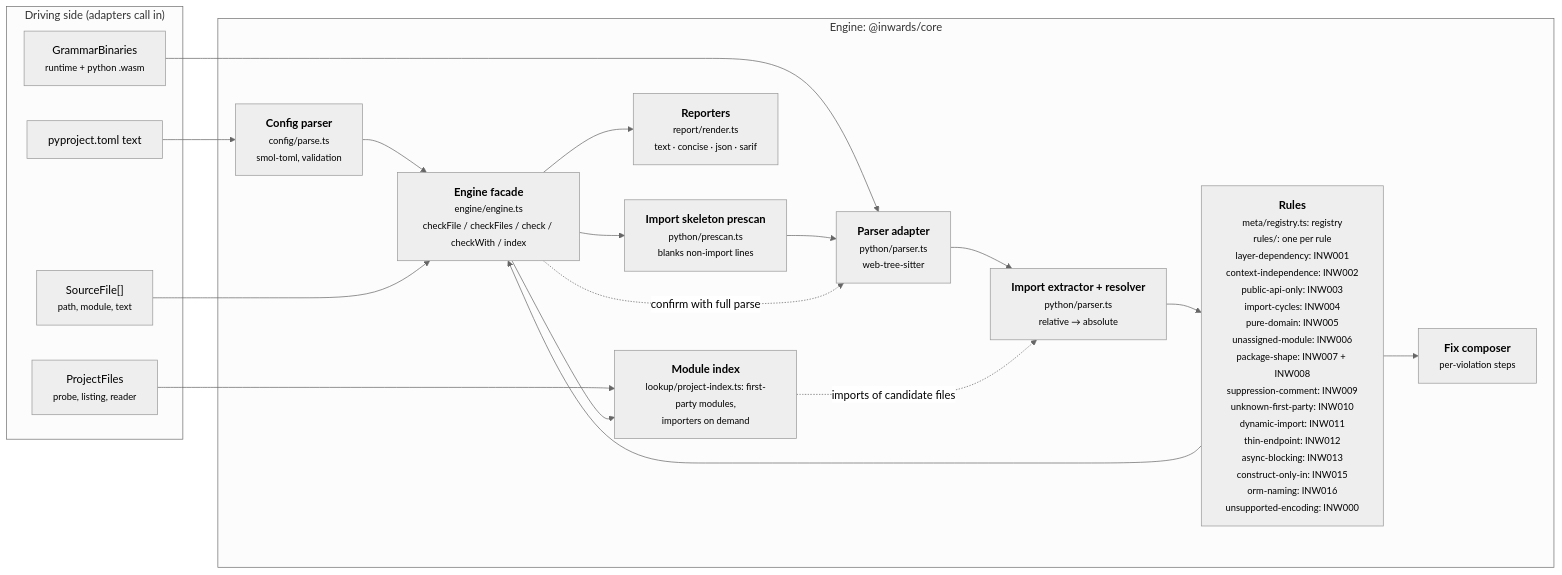
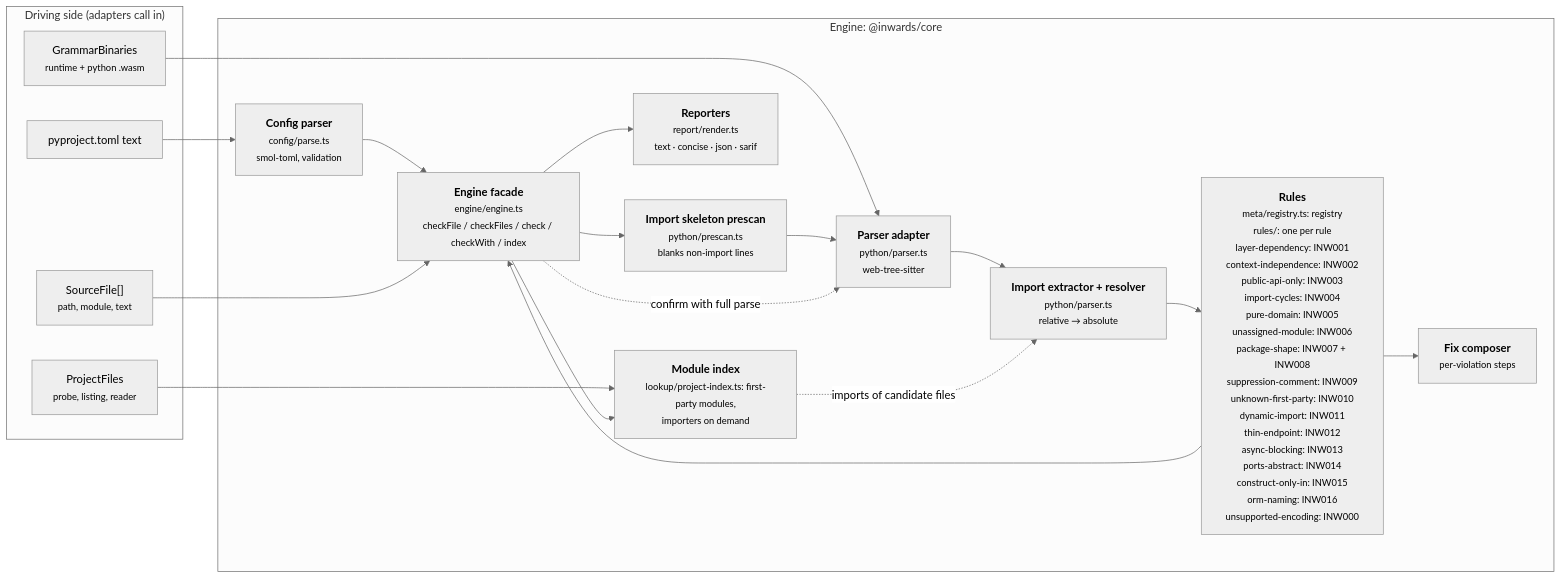
One commit to SirCypkowskyy/inwards changed the third of 6 diagrams in docs/chapters/03-Architecture-C4.md. Above: the diagram before and after it, drawn with Mermaid (neutral theme). The commit also changed other lines of this file and 30 other files, not shown here.

````diff
--- a/docs/chapters/03-Architecture-C4.md
+++ b/docs/chapters/03-Architecture-C4.md
@@ -105,33 +105,33 @@
 ```mermaid
 flowchart LR
     subgraph driving["Driving side (adapters call in)"]
         files["SourceFile[]<br/><small>path, module, text</small>"]
         pfiles["ProjectFiles<br/><small>probe, listing, reader</small>"]
         cfgtext["pyproject.toml text"]
         wasm["GrammarBinaries<br/><small>runtime + python .wasm</small>"]
     end
 
     subgraph enginebox["Engine: @inwards/core"]
         config["<b>Config parser</b><br/><small>config/parse.ts<br/>smol-toml, validation</small>"]
         pre["<b>Import skeleton prescan</b><br/><small>python/prescan.ts<br/>blanks non-import lines</small>"]
         parser["<b>Parser adapter</b><br/><small>python/parser.ts<br/>web-tree-sitter</small>"]
         extract["<b>Import extractor + resolver</b><br/><small>python/parser.ts<br/>relative → absolute</small>"]
-        rules["<b>Rules</b><br/><small>meta/registry.ts: registry<br/>rules/: one per rule<br/>layer-dependency: INW001<br/>context-independence: INW002<br/>public-api-only: INW003<br/>import-cycles: INW004<br/>pure-domain: INW005<br/>unassigned-module: INW006<br/>package-shape: INW007 + INW008<br/>suppression-comment: INW009<br/>unknown-first-party: INW010<br/>dynamic-import: INW011<br/>thin-endpoint: INW012<br/>async-blocking: INW013<br/>construct-only-in: INW015<br/>orm-naming: INW016<br/>unsupported-encoding: INW000</small>"]
+        rules["<b>Rules</b><br/><small>meta/registry.ts: registry<br/>rules/: one per rule<br/>layer-dependency: INW001<br/>context-independence: INW002<br/>public-api-only: INW003<br/>import-cycles: INW004<br/>pure-domain: INW005<br/>unassigned-module: INW006<br/>package-shape: INW007 + INW008<br/>suppression-comment: INW009<br/>unknown-first-party: INW010<br/>dynamic-import: INW011<br/>thin-endpoint: INW012<br/>async-blocking: INW013<br/>ports-abstract: INW014<br/>construct-only-in: INW015<br/>orm-naming: INW016<br/>unsupported-encoding: INW000</small>"]
         fix["<b>Fix composer</b><br/><small>per-violation steps</small>"]
         report["<b>Reporters</b><br/><small>report/render.ts<br/>text · concise · json · sarif</small>"]
         engine["<b>Engine facade</b><br/><small>engine/engine.ts<br/>checkFile / checkFiles / check / checkWith / index</small>"]
         modgraph["<b>Module index</b><br/><small>lookup/project-index.ts: first-party modules,<br/>importers on demand</small>"]
     end
 
     cfgtext --> config --> engine
     wasm --> parser
     files --> engine
     engine --> pre --> parser --> extract --> rules
     rules --> fix
     rules --> engine
     engine -. "confirm with full parse" .-> parser
     pfiles --> modgraph
     engine --> modgraph
     modgraph -. "imports of candidate files" .-> extract
     engine --> report
 ```
````
